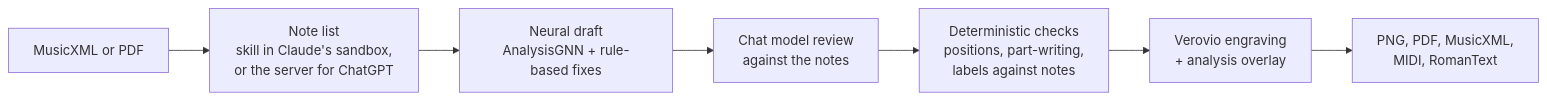
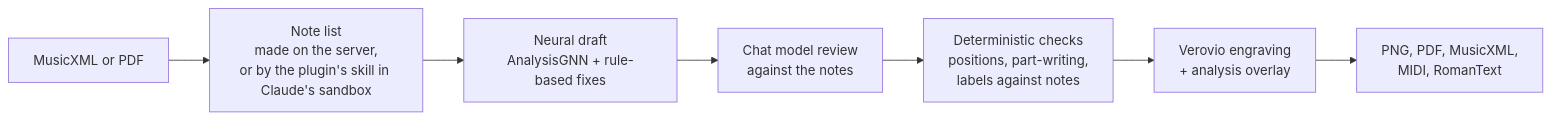
Before and after one commit to Vedat-Ozkan/sheet-music-analysis: the diagram in README.md, drawn with Mermaid. The commit also changed other lines of this file and 9 other files, not shown here.

````diff
--- a/README.md
+++ b/README.md
@@ -24,9 +24,9 @@
 ```mermaid
 flowchart LR
-    A[MusicXML or PDF] --> B[Note list<br/>skill in Claude's sandbox,<br/>or the server for ChatGPT]
+    A[MusicXML or PDF] --> B[Note list<br/>made on the server,<br/>or by the plugin's skill in Claude's sandbox]
     B --> C[Neural draft<br/>AnalysisGNN + rule-based fixes]
     C --> D[Chat model review<br/>against the notes]
     D --> E[Deterministic checks<br/>positions, part-writing,<br/>labels against notes]
     E --> F[Verovio engraving<br/>+ analysis overlay]
     F --> G[PNG, PDF, MusicXML,<br/>MIDI, RomanText]
 ```
````
